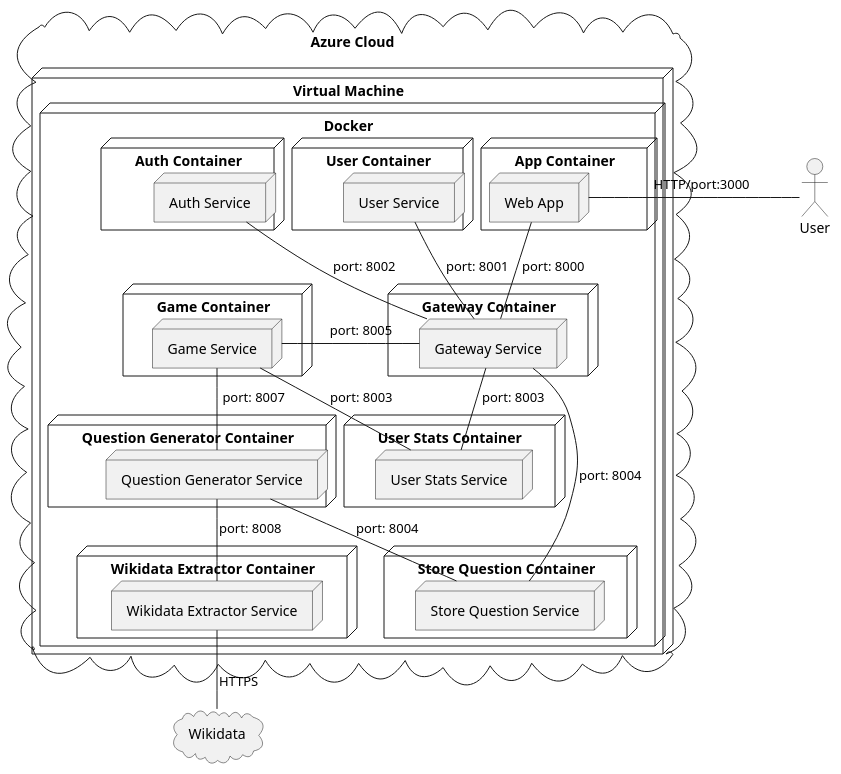
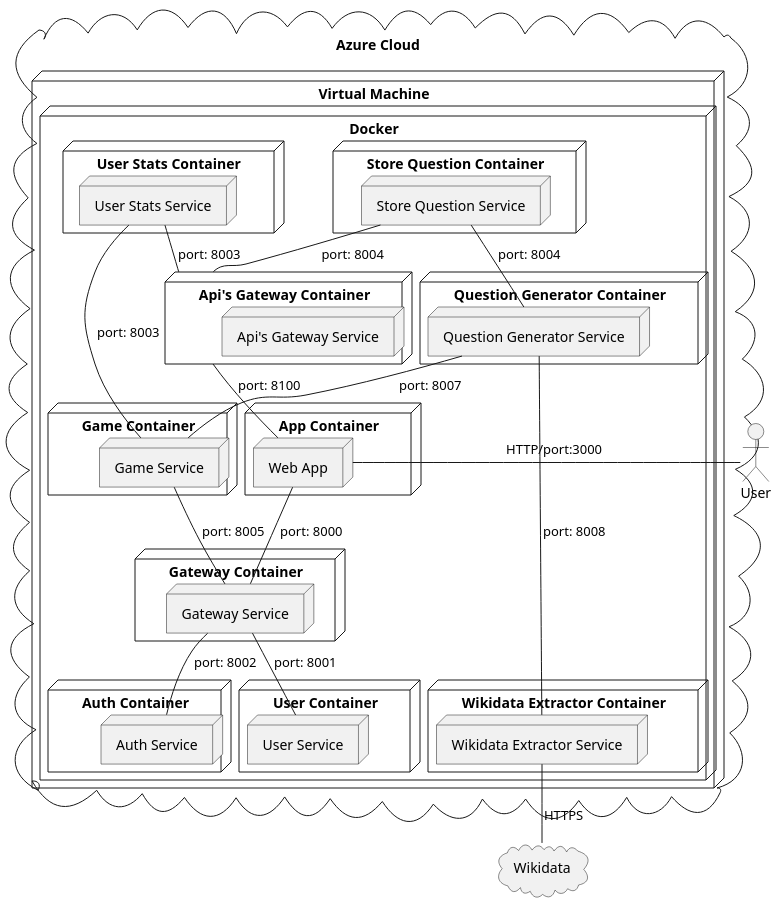
The diagram in docs/src/07_deployment_view.adoc (Arquisoft/wiq_es6c), drawn with PlantUML before and after one commit. The commit also changed 1 other file, not shown here.

Commit message:
Changes on graphs at section 7 and 5

```diff
--- a/docs/src/07_deployment_view.adoc
+++ b/docs/src/07_deployment_view.adoc
@@ -9,60 +9,66 @@
 [plantuml,"Deployment View",png]
 ----
 !pragma layout smetana
 
 cloud "Azure Cloud\n" {
     node "Virtual Machine" {
         node "Docker" {
             node "App Container"{
                 node "Web App"
             }
             node "Gateway Container"{
                 node "Gateway Service"
             }
             node "User Container"{
                 node "User Service"
             }
             node "Auth Container"{
                 node "Auth Service"
             }
             node "Game Container"{
                 node "Game Service"
             }
             node "Store Question Container"{
                 node "Store Question Service"
             }
             node "User Stats Container\t"{
                 node "User Stats Service"
             }
             node "Question Generator Container"{
                 node "Question Generator Service"
             }
             node "Wikidata Extractor Container"{
                 node "Wikidata Extractor Service"
             }
+            node "Api's Gateway Container"{
+                node "Api's Gateway Service"
+            }
         }
     }
 }
 
 cloud "Wikidata"
 actor "User"
 
 
 "User" -left- "Web App" : "\t\tHTTP/port:3000\t\t"
 
-"Web App" -- "Gateway Service" : "port: 8000"
+"Web App" -down- "Gateway Service" : "port: 8000"
 
-"Gateway Service" -- "Store Question Service" : "port: 8004"
-"Gateway Service" -- "User Stats Service" : "port: 8003"
-"Gateway Service" -up- "Auth Service" : "port: 8002         "
-"Gateway Service" -up- "User Service" : "port: 8001"
-"Gateway Service" -right- "Game Service"  : "           port: 8005     "
+"Api's Gateway Container" -down- "Web App" : "port: 8100"
 
-"Game Service" -- "User Stats Service" : "port: 8003"
-"Game Service" -- "Question Generator Service" : " port: 8007"
+"Gateway Service" -down- "Auth Service" : "port: 8002"
+"Gateway Service" -down- "User Service" : "port: 8001"
+"Gateway Service" -left- "Game Service"  : "port: 8005"
 
-"Question Generator Service" -- "Store Question Service" : "port: 8004"
-"Question Generator Service" -- "Wikidata Extractor Service" : "port: 8008"
+"User Stats Service" -down- "Game Service" : "port: 8003"
 
-"Wikidata Extractor Service" -- "Wikidata" : "HTTPS"
+"User Stats Service" -- "Api's Gateway Container" : "port: 8003"
+"Store Question Service" -- "Api's Gateway Container" : " port: 8004"
+
+"Store Question Service" -down- "Question Generator Service" : "port: 8004"
+"Question Generator Service" -down--- "Wikidata Extractor Service" : "port: 8008"
+"Question Generator Service" -down- "Game Service" : "port: 8007"
+
+"Wikidata Extractor Service" -down- "Wikidata" : "HTTPS"
 ----
```
